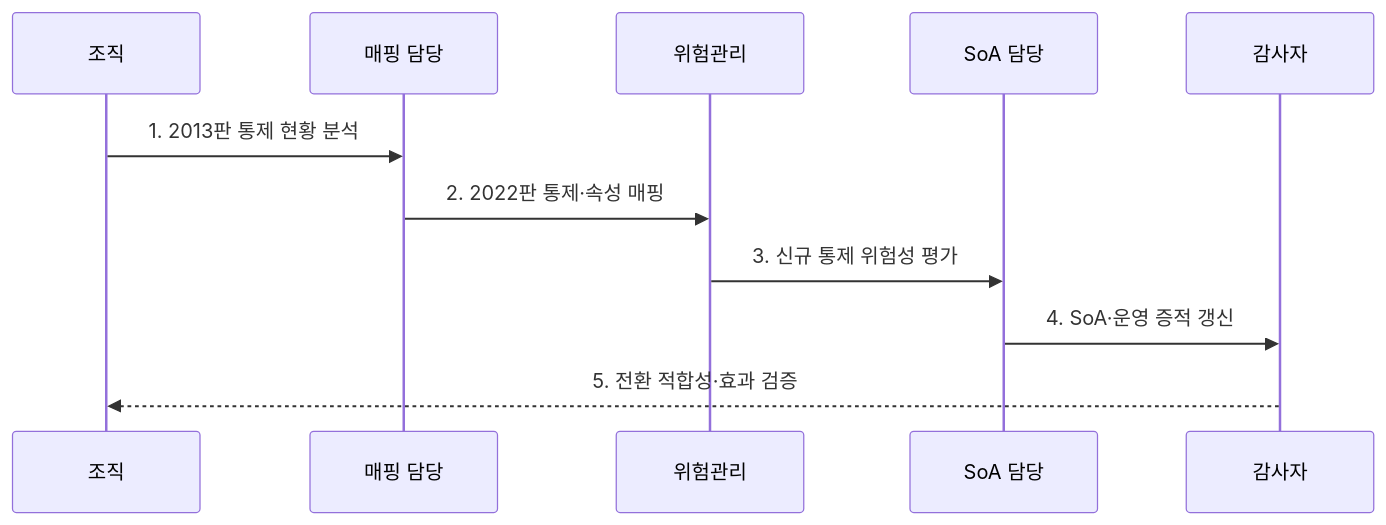
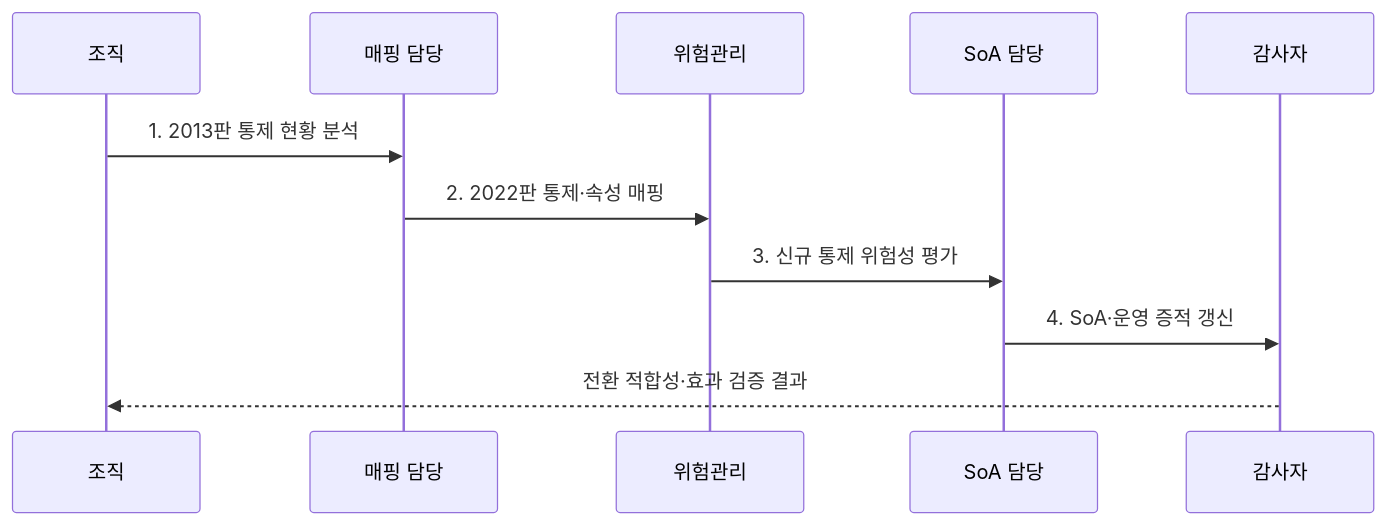
Before and after one commit to agnusdei1207/knowledge-base: the second of 2 diagrams in src/content/docs/notes/05-security/106_iso_27001_2022_revision.md, drawn with Mermaid. The commit also changed other lines of this file and 20 other files, not shown here.

````diff
--- a/src/content/docs/notes/05-security/106_iso_27001_2022_revision.md
+++ b/src/content/docs/notes/05-security/106_iso_27001_2022_revision.md
@@ -80,13 +80,13 @@
 ```mermaid
 sequenceDiagram
   participant O as 조직
   participant M as 매핑 담당
   participant R as 위험관리
   participant S as SoA 담당
   participant A as 감사자
   O->>M: 1. 2013판 통제 현황 분석
   M->>R: 2. 2022판 통제·속성 매핑
   R->>S: 3. 신규 통제 위험성 평가
   S->>A: 4. SoA·운영 증적 갱신
-  A-->>O: 5. 전환 적합성·효과 검증
+  A-->>O: 전환 적합성·효과 검증 결과
 ```
````
